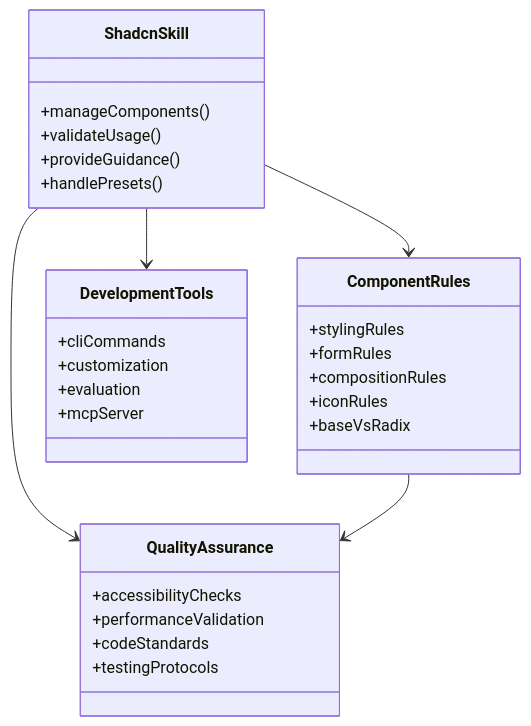
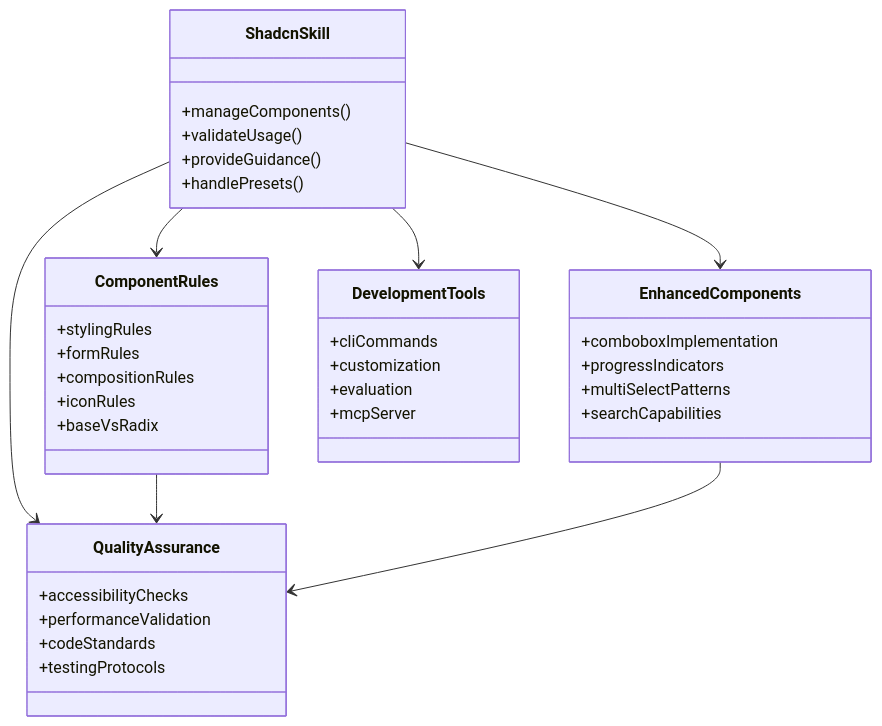
Before and after one commit to SinesysTech/zattar-os: the second of 7 diagrams in .qoder/repowiki/en/content/Development Guide/Shadcn Skills Framework.md, drawn with Mermaid. The commit also changed other lines of this file and 8 other files, not shown here.

````diff
--- a/.qoder/repowiki/en/content/Development Guide/Shadcn Skills Framework.md
+++ b/.qoder/repowiki/en/content/Development Guide/Shadcn Skills Framework.md
@@ -133,32 +154,40 @@
 ```mermaid
 classDiagram
 class ShadcnSkill {
 +manageComponents()
 +validateUsage()
 +provideGuidance()
 +handlePresets()
 }
 class ComponentRules {
 +stylingRules
 +formRules
 +compositionRules
 +iconRules
 +baseVsRadix
 }
+class EnhancedComponents {
++comboboxImplementation
++progressIndicators
++multiSelectPatterns
++searchCapabilities
+}
 class DevelopmentTools {
 +cliCommands
 +customization
 +evaluation
 +mcpServer
 }
 class QualityAssurance {
 +accessibilityChecks
 +performanceValidation
 +codeStandards
 +testingProtocols
 }
 ShadcnSkill --> ComponentRules
+ShadcnSkill --> EnhancedComponents
 ShadcnSkill --> DevelopmentTools
 ShadcnSkill --> QualityAssurance
 ComponentRules --> QualityAssurance
+EnhancedComponents --> QualityAssurance
 ```
````
